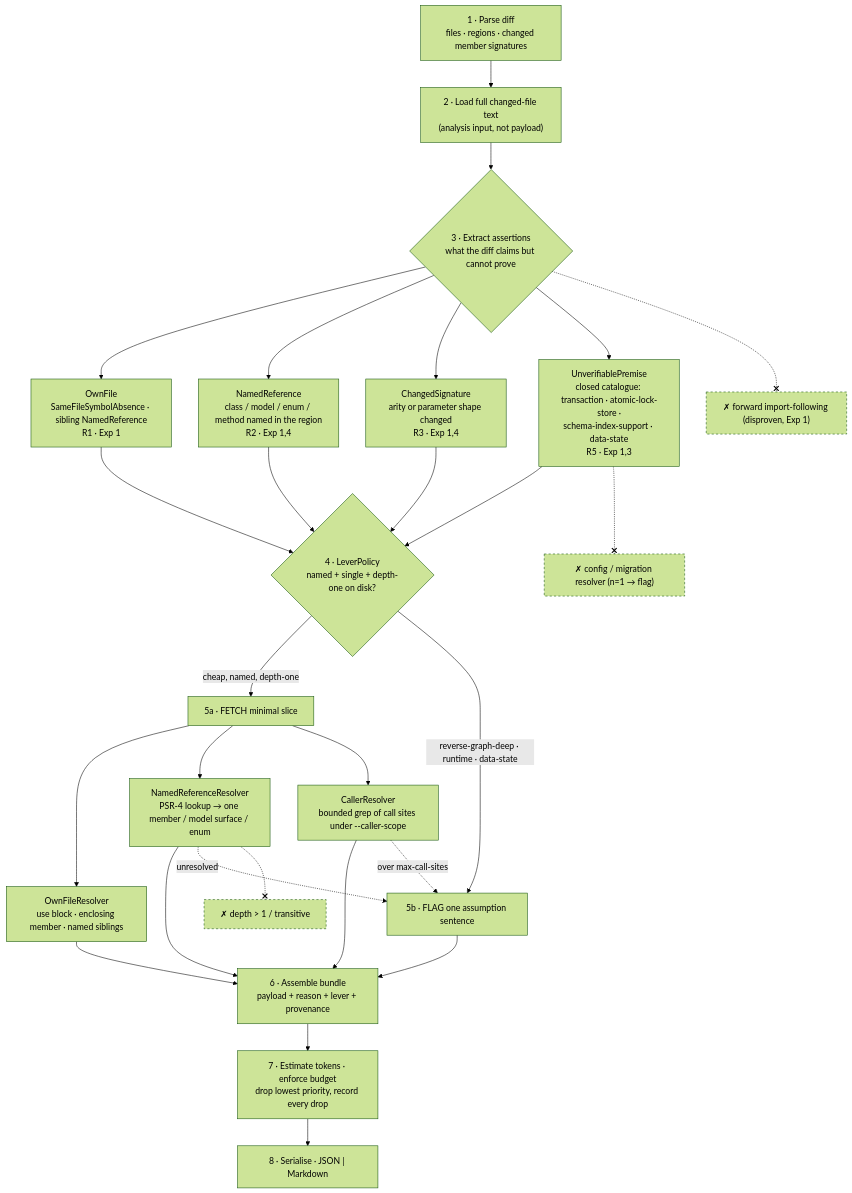
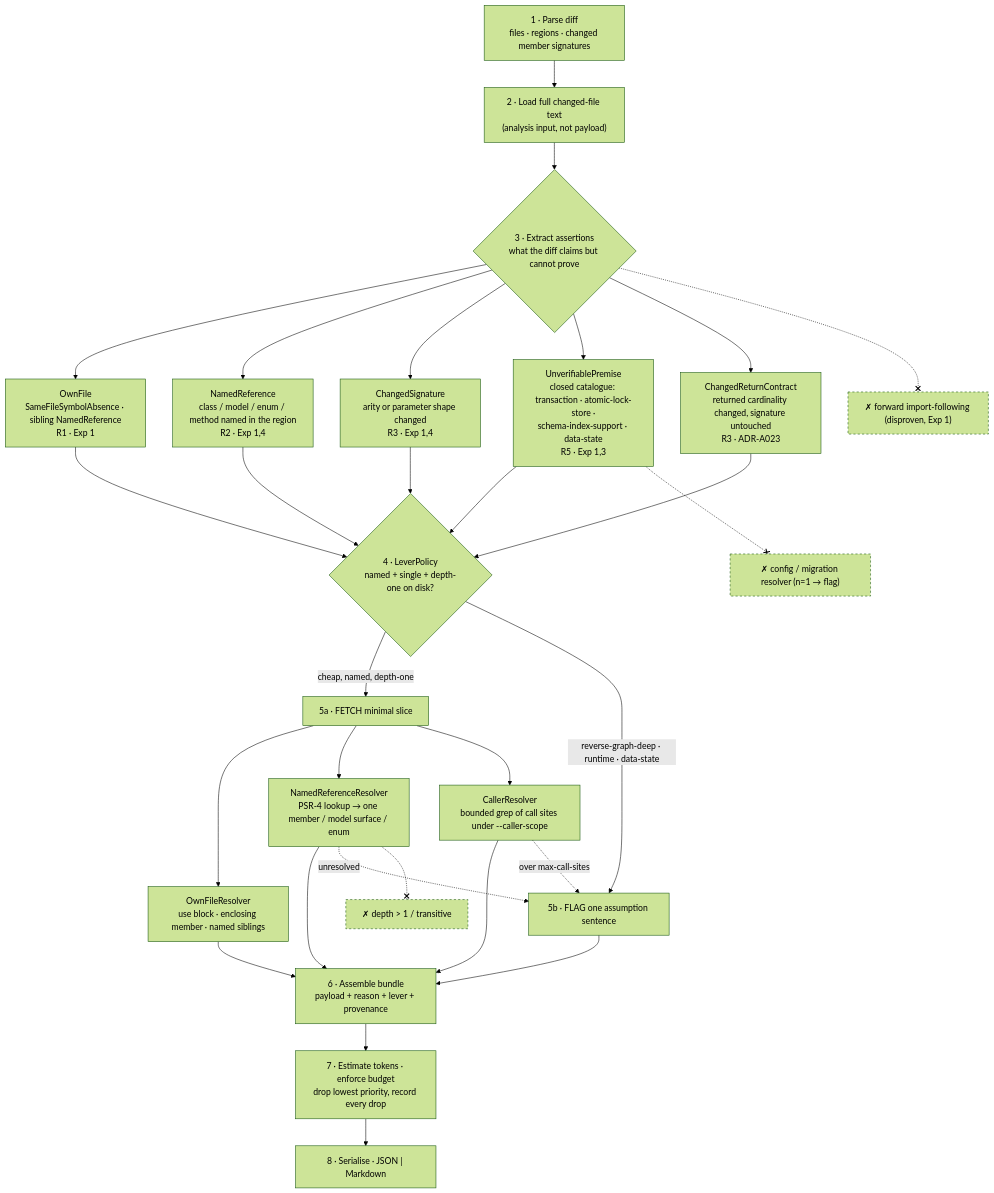
The third of 4 diagrams in architecture/04-diagrams.md (AliAlqrinawi/context-discovery-architecture), drawn with Mermaid (forest theme) before and after one commit. The commit also changed 7 other files, not shown here.

First line of the commit message:
docs: add ADR-A023 and update specs for changed return contracts

````diff
--- a/architecture/04-diagrams.md
+++ b/architecture/04-diagrams.md
@@ -113,46 +113,47 @@
 ```mermaid
 flowchart TD
   S1["1 · Parse diff<br/>files · regions · changed member signatures"]
   S2["2 · Load full changed-file text<br/>(analysis input, not payload)"]
   S3{"3 · Extract assertions<br/>what the diff claims but cannot prove"}
 
   E1["OwnFile<br/>SameFileSymbolAbsence · sibling NamedReference<br/>R1 · Exp 1"]
   E2["NamedReference<br/>class / model / enum / method named in the region<br/>R2 · Exp 1,4"]
   E3["ChangedSignature<br/>arity or parameter shape changed<br/>R3 · Exp 1,4"]
   E4["UnverifiablePremise<br/>closed catalogue: transaction · atomic-lock-store ·<br/>schema-index-support · data-state<br/>R5 · Exp 1,3"]
+  E5["ChangedReturnContract<br/>returned cardinality changed, signature untouched<br/>R3 · ADR-A023"]
 
   S4{"4 · LeverPolicy<br/>named + single + depth-one on disk?"}
   F1["5a · FETCH minimal slice"]
   F2["5b · FLAG one assumption sentence"]
 
   R1["OwnFileResolver<br/>use block · enclosing member · named siblings"]
   R2["NamedReferenceResolver<br/>PSR-4 lookup → one member / model surface / enum"]
   R3["CallerResolver<br/>bounded grep of call sites under --caller-scope"]
 
   S6["6 · Assemble bundle<br/>payload + reason + lever + provenance"]
   S7["7 · Estimate tokens · enforce budget<br/>drop lowest priority, record every drop"]
   S8["8 · Serialise · JSON | Markdown"]
 
   X1["✗ forward import-following (disproven, Exp 1)"]
   X2["✗ depth > 1 / transitive"]
   X3["✗ config / migration resolver (n=1 → flag)"]
 
   S1 --> S2 --> S3
-  S3 --> E1 & E2 & E3 & E4
-  E1 & E2 & E3 & E4 --> S4
+  S3 --> E1 & E2 & E3 & E4 & E5
+  E1 & E2 & E3 & E4 & E5 --> S4
   S4 -->|cheap, named, depth-one| F1
   S4 -->|reverse-graph-deep · runtime · data-state| F2
   F1 --> R1 & R2 & R3
   R1 & R2 & R3 --> S6
   R2 -.->|unresolved| F2
   R3 -.->|over max-call-sites| F2
   F2 --> S6
   S6 --> S7 --> S8
 
   S3 -.-x X1
   R2 -.-x X2
   E4 -.-x X3
 
   classDef banned stroke-dasharray: 4 4;
   class X1,X2,X3 banned;
 ```
````
